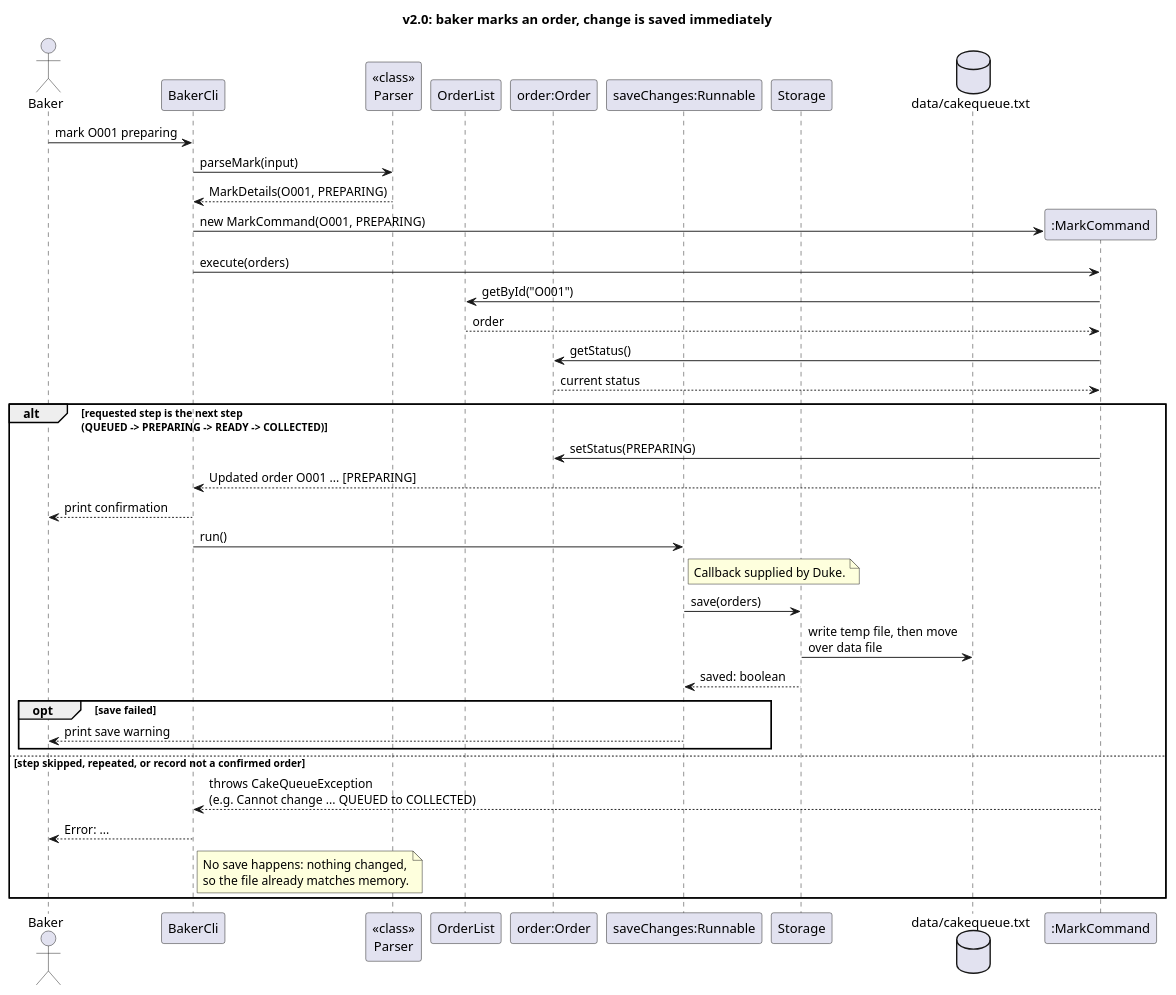
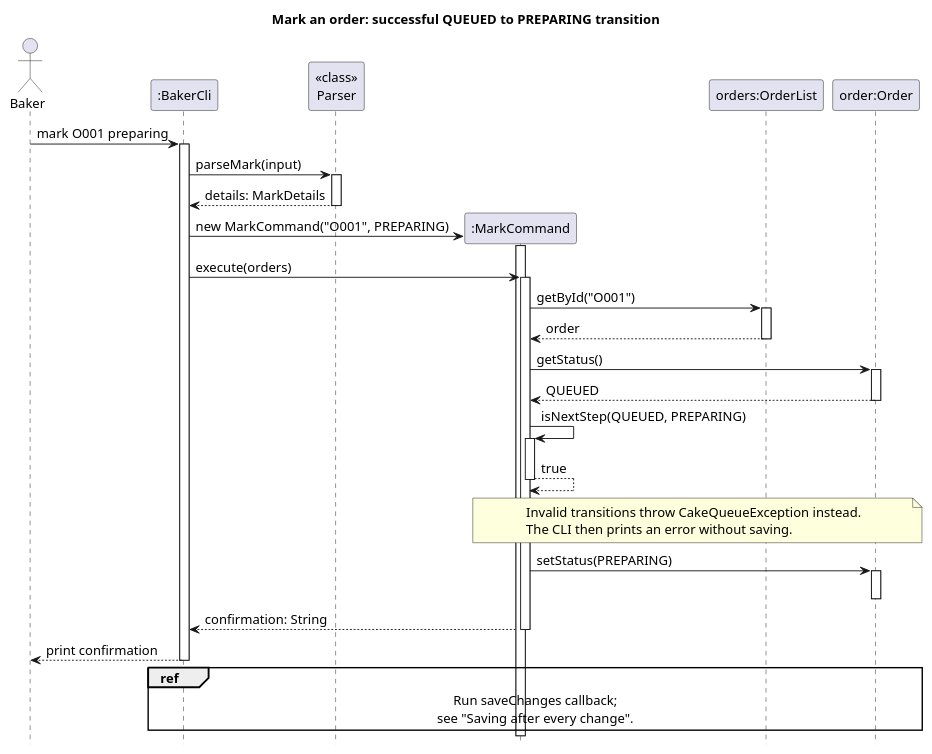
Before and after one commit to AY2627S1-CS2113-W12-1/tp: the diagram in docs/diagrams/MarkAndSaveSequenceDiagram.puml, drawn with PlantUML. The commit also changed 18 other files, not shown here.

First line of the commit message:
Fix DG sequence diagrams

```diff
--- a/docs/diagrams/MarkAndSaveSequenceDiagram.puml
+++ b/docs/diagrams/MarkAndSaveSequenceDiagram.puml
@@ -1,43 +1,52 @@
 @startuml MarkAndSaveSequenceDiagram
-title v2.0: baker marks an order, change is saved immediately
+' Original diagram and mark implementation: HammerHead-os.
+' Diagram integration, activation and layout revisions: Eethanzyj.
+title Mark an order: successful QUEUED to PREPARING transition
+skinparam shadowing false
+skinparam defaultFontSize 14
+hide footbox
 
 actor Baker
-participant "BakerCli" as Cli
+participant ":BakerCli" as Cli
 participant "<<class>>\nParser" as Parser
-participant "OrderList" as List
+participant ":MarkCommand" as Mark
+participant "orders:OrderList" as Orders
 participant "order:Order" as Order
-participant "saveChanges:Runnable" as Save
-participant "Storage" as Storage
-database "data/cakequeue.txt" as File
 
 Baker -> Cli : mark O001 preparing
+activate Cli
 Cli -> Parser : parseMark(input)
-Parser --> Cli : MarkDetails(O001, PREPARING)
-create participant ":MarkCommand" as Mark
-Cli -> Mark : new MarkCommand(O001, PREPARING)
+activate Parser
+Parser --> Cli : details: MarkDetails
+deactivate Parser
+create Mark
+Cli -> Mark : new MarkCommand("O001", PREPARING)
+activate Mark
+deactivate Mark
 Cli -> Mark : execute(orders)
-Mark -> List : getById("O001")
-List --> Mark : order
+activate Mark
+Mark -> Orders : getById("O001")
+activate Orders
+Orders --> Mark : order
+deactivate Orders
 Mark -> Order : getStatus()
-Order --> Mark : current status
-alt requested step is the next step\n(QUEUED -> PREPARING -> READY -> COLLECTED)
-  Mark -> Order : setStatus(PREPARING)
-  Mark --> Cli : Updated order O001 ... [PREPARING]
-  Cli --> Baker : print confirmation
-  Cli -> Save : run()
-  note right of Save : Callback supplied by Duke.
-  Save -> Storage : save(orders)
-  Storage -> File : write temp file, then move\nover data file
-  Storage --> Save : saved: boolean
-  opt save failed
-    Save --> Baker : print save warning
-  end
-else step skipped, repeated, or record not a confirmed order
-  Mark --> Cli : throws CakeQueueException\n(e.g. Cannot change ... QUEUED to COLLECTED)
-  Cli --> Baker : Error: ...
-  note right of Cli
-    No save happens: nothing changed,
-    so the file already matches memory.
-  end note
-end
+activate Order
+Order --> Mark : QUEUED
+deactivate Order
+Mark -> Mark : isNextStep(QUEUED, PREPARING)
+activate Mark
+Mark --> Mark : true
+deactivate Mark
+note over Mark, Order
+  Invalid transitions throw CakeQueueException instead.
+  The CLI then prints an error without saving.
+end note
+Mark -> Order : setStatus(PREPARING)
+activate Order
+deactivate Order
+Mark --> Cli : confirmation: String
+deactivate Mark
+Cli --> Baker : print confirmation
+ref over Cli, Order : Run saveChanges callback;\nsee "Saving after every change".
+deactivate Cli
 @enduml
```
